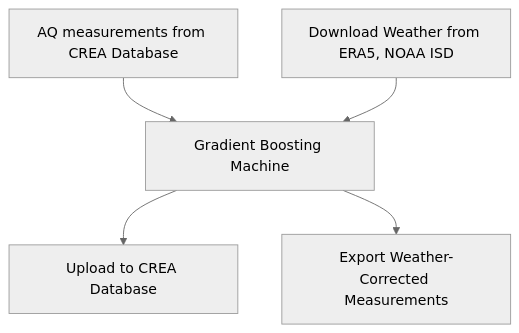
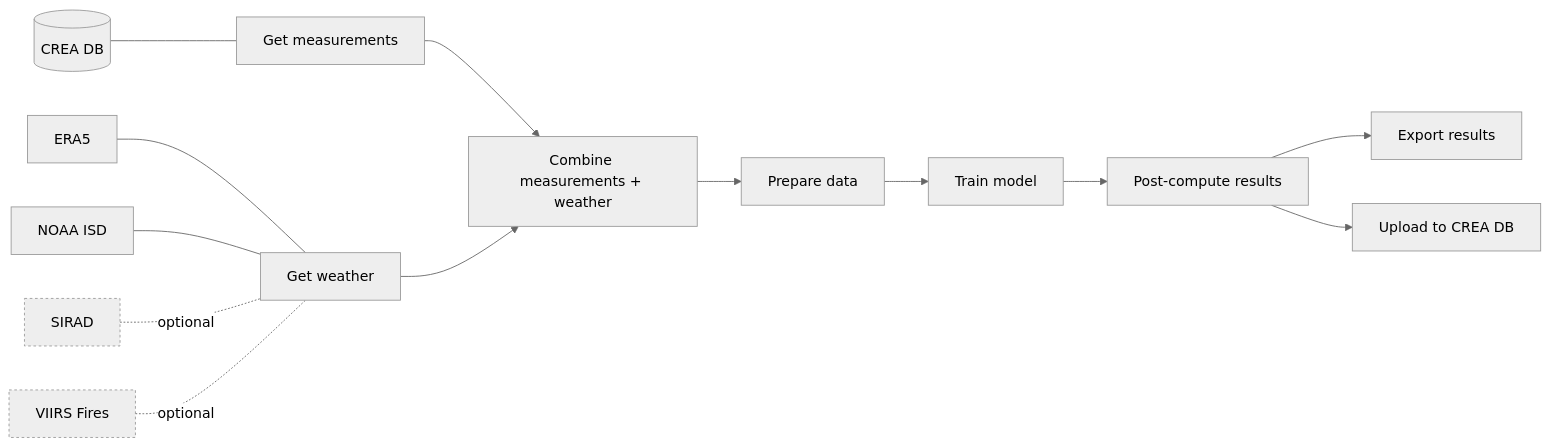
One commit to energyandcleanair/creadeweather changed the diagram in README.md. Above: the diagram before and after it, drawn with Mermaid.

Commit message:
-diagram update

````diff
--- a/README.md
+++ b/README.md
@@ -12,9 +12,38 @@
 ```mermaid
 %%{init: {'theme': 'neutral'}}%%
-graph TD;
-    A[AQ measurements from CREA Database] --> C
-    B[Download Weather from ERA5, NOAA ISD] --> C[Gradient Boosting Machine]
-    C --> E[Upload to CREA Database]
-    C --> D[Export Weather-Corrected Measurements]
-    
+flowchart LR
+
+  %% Data sources and sinks
+  CREA[(CREA DB)]
+  ERA5[ERA5]
+  NOAA[NOAA ISD]
+  SIRAD[SIRAD]
+  VIIRS[VIIRS Fires]
+
+  %% Steps
+  A[Get measurements]
+  B[Get weather]
+  C[Combine measurements + weather]
+  D[Prepare data]
+  E[Train model]
+  F[Post-compute results]
+  G[Export results]
+  H[Upload to CREA DB]
+
+  %% Arrows to/from data
+  CREA --- A
+  ERA5 --- B
+  NOAA --- B
+  SIRAD -. optional .- B
+  VIIRS -. optional .- B
+
+  %% Pipeline
+  A --> C
+  B --> C
+  C --> D --> E --> F --> G
+  F --> H
+
+  %% Notes
+  classDef opt stroke-dasharray: 3 3
+  class SIRAD,VIIRS opt
 ```
````
